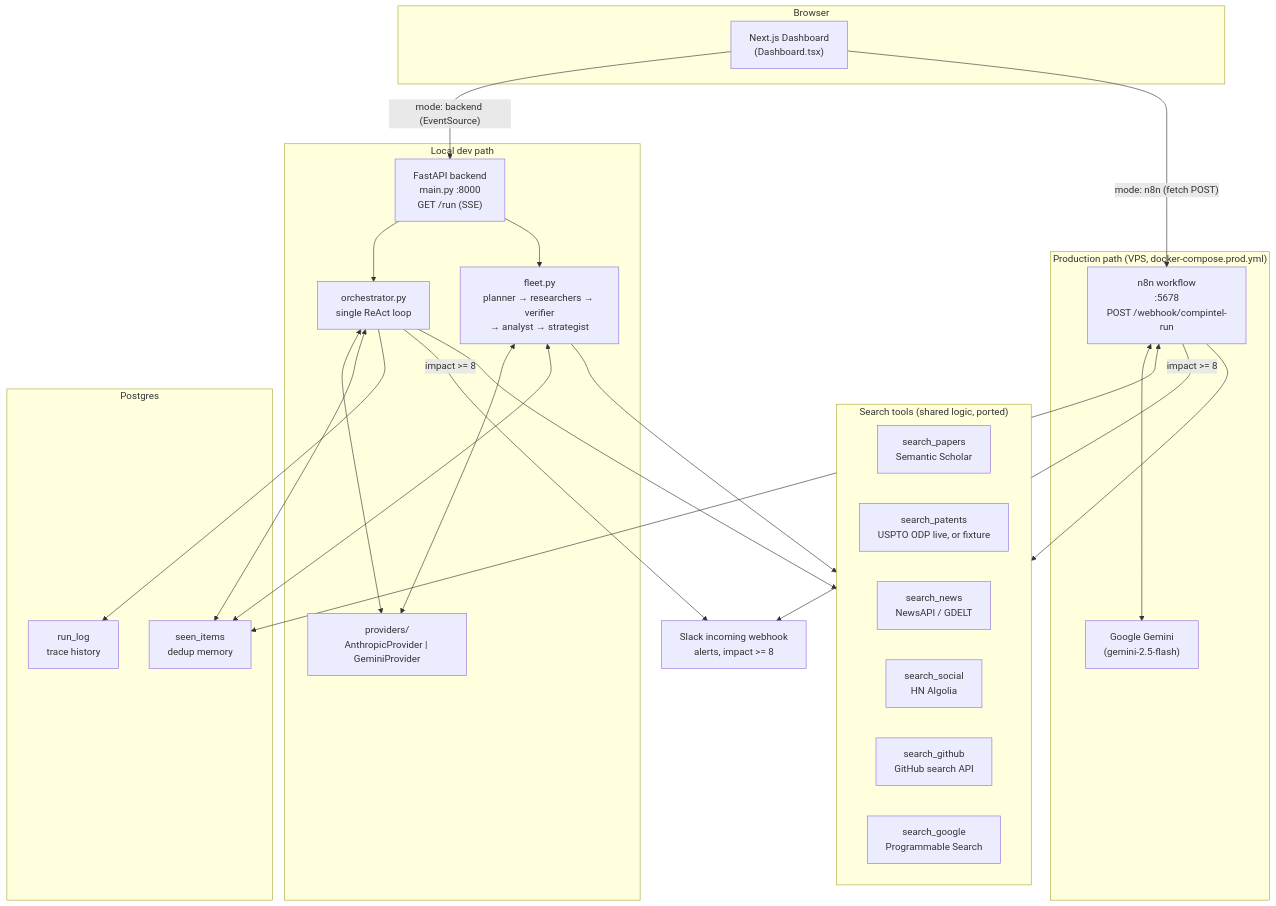
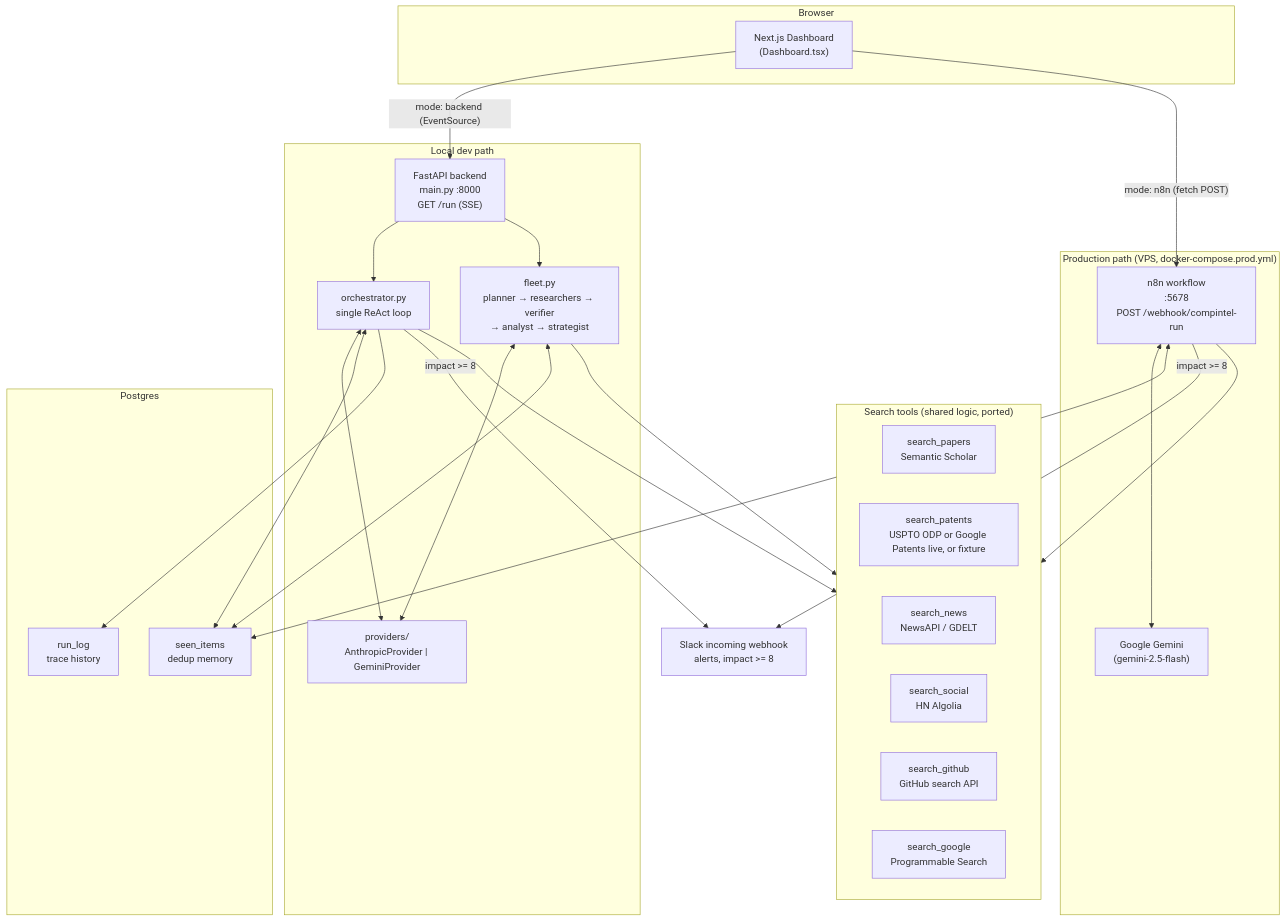
The first of 7 diagrams in docs/ARCHITECTURE.md (ByteNinjaSmit/Agentx), drawn with Mermaid before and after one commit. The commit also changed 4 other files, not shown here.

````diff
--- a/docs/ARCHITECTURE.md
+++ b/docs/ARCHITECTURE.md
@@ -27,54 +27,54 @@
 ```mermaid
 flowchart TB
     subgraph Client["Browser"]
         UI["Next.js Dashboard<br/>(Dashboard.tsx)"]
     end
 
     subgraph LocalDev["Local dev path"]
         API["FastAPI backend<br/>main.py :8000<br/>GET /run (SSE)"]
         Providers["providers/<br/>AnthropicProvider | GeminiProvider"]
         Orchestrator["orchestrator.py<br/>single ReAct loop"]
         FleetPy["fleet.py<br/>planner → researchers → verifier<br/>→ analyst → strategist"]
         API --> Orchestrator
         API --> FleetPy
         Orchestrator <--> Providers
         FleetPy <--> Providers
     end
 
     subgraph Prod["Production path (VPS, docker-compose.prod.yml)"]
         N8N["n8n workflow<br/>:5678<br/>POST /webhook/compintel-run"]
         Gemini["Google Gemini<br/>(gemini-2.5-flash)"]
         N8N <--> Gemini
     end
 
     subgraph Tools["Search tools (shared logic, ported)"]
         T1["search_papers<br/>Semantic Scholar"]
-        T2["search_patents<br/>USPTO ODP live, or fixture"]
+        T2["search_patents<br/>USPTO ODP or Google Patents live, or fixture"]
         T3["search_news<br/>NewsAPI / GDELT"]
         T4["search_social<br/>HN Algolia"]
         T5["search_github<br/>GitHub search API"]
         T6["search_google<br/>Programmable Search"]
     end
 
     subgraph DB["Postgres"]
         Seen["seen_items<br/>dedup memory"]
         Runs["run_log<br/>trace history"]
     end
 
     Slack["Slack incoming webhook<br/>alerts, impact >= 8"]
 
     UI -- "mode: backend (EventSource)" --> API
     UI -- "mode: n8n (fetch POST)" --> N8N
 
     Orchestrator --> Tools
     FleetPy --> Tools
     N8N --> Tools
 
     Orchestrator <--> Seen
     FleetPy <--> Seen
     Orchestrator --> Runs
     N8N <--> Seen
 
     Orchestrator -- "impact >= 8" --> Slack
     N8N -- "impact >= 8" --> Slack
 ```
````
